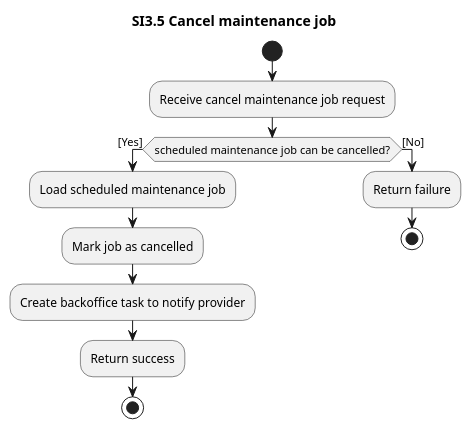
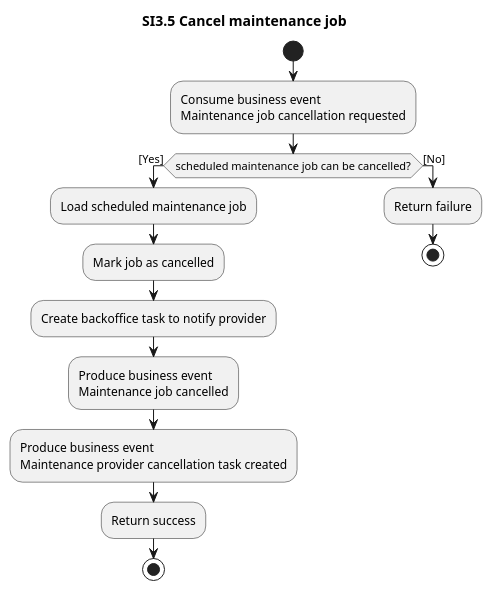
One commit to ottolote/fixme changed the diagram in docs/system-interactions/si3.5-cancel-maintenance-job.pu. Above: the diagram before and after it, drawn with PlantUML. The commit also changed 33 other files, not shown here.

```diff
--- a/docs/system-interactions/si3.5-cancel-maintenance-job.pu
+++ b/docs/system-interactions/si3.5-cancel-maintenance-job.pu
@@ -1,18 +1,23 @@
 @startuml si3.5-cancel-maintenance-job
 title SI3.5 Cancel maintenance job
 
 start
-:Receive cancel maintenance job request;
+:Consume business event
+Maintenance job cancellation requested;
 
 if (scheduled maintenance job can be cancelled?) then ([Yes])
   :Load scheduled maintenance job;
   :Mark job as cancelled;
   :Create backoffice task to notify provider;
+  :Produce business event
+Maintenance job cancelled;
+  :Produce business event
+Maintenance provider cancellation task created;
   :Return success;
   stop
 else ([No])
   :Return failure;
   stop
 endif
 
 @enduml
```
